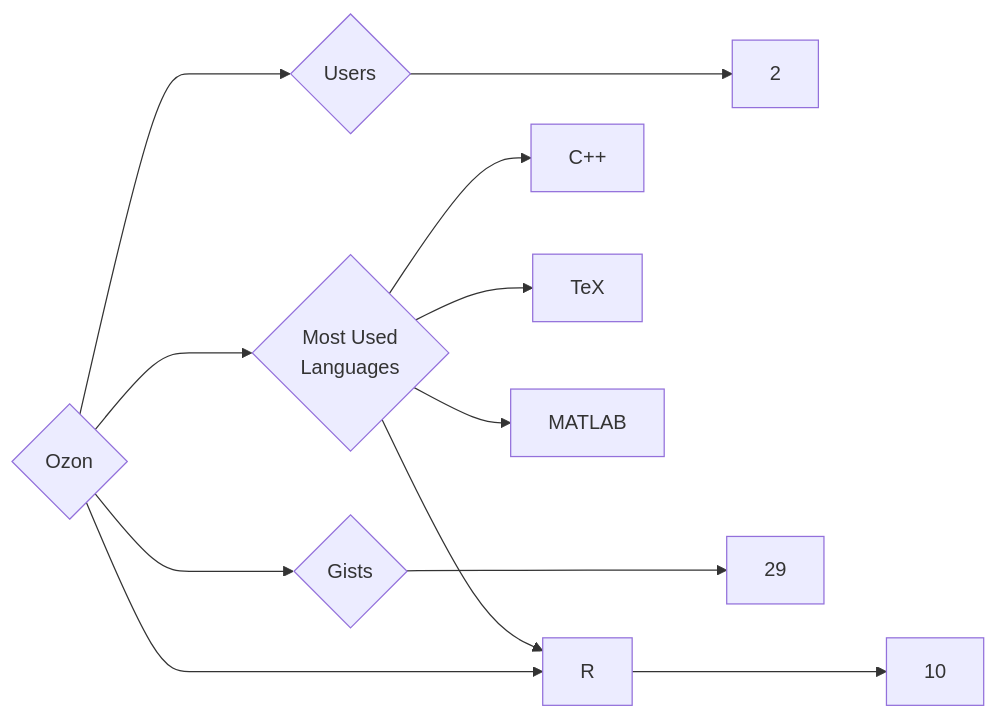
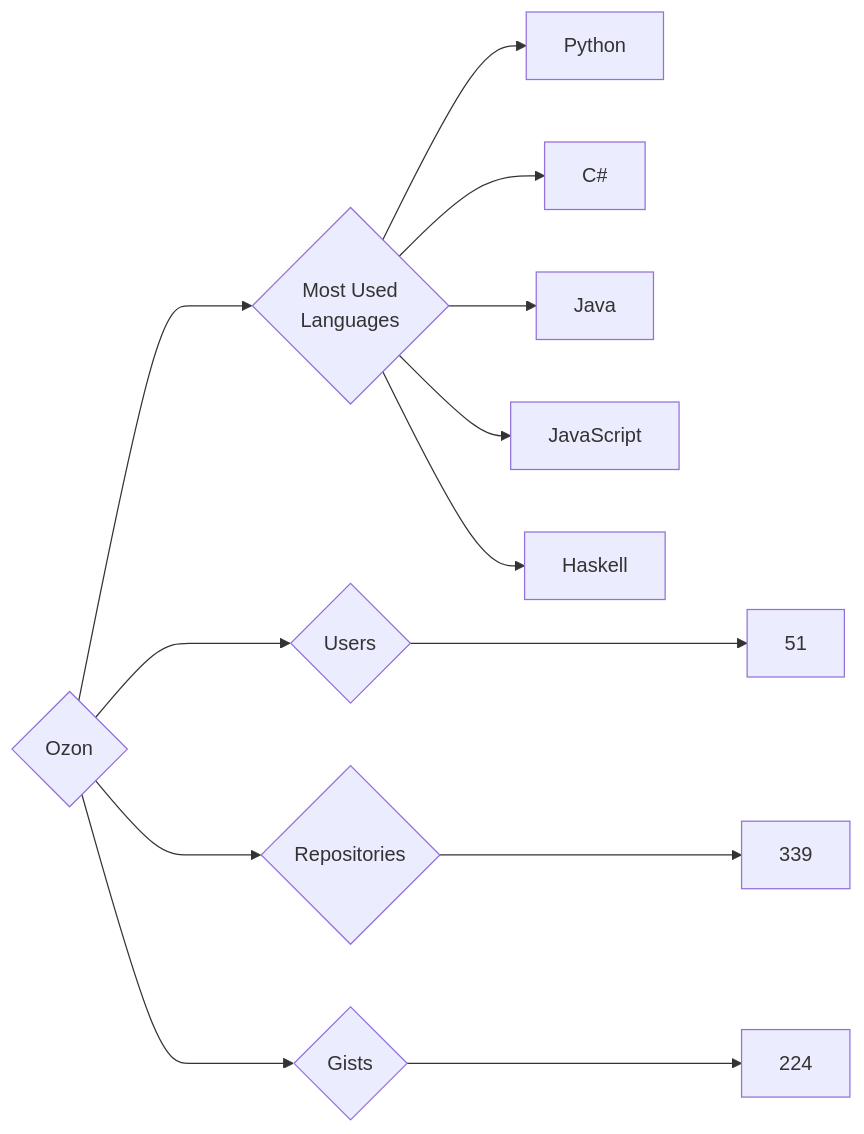
One commit to trickest/insiders changed the diagram in targets/Ozon/README.md. Above: the diagram before and after it, drawn with Mermaid. The commit also changed 870 other files, not shown here.

````diff
--- a/targets/Ozon/README.md
+++ b/targets/Ozon/README.md
@@ -3,12 +3,13 @@
 ```mermaid
 graph LR
 COMPANY_NAME{Ozon}
-COMPANY_NAME ---> U{Users} ---> UN[2]
-COMPANY_NAME ---> R{Repositories} ---> RN[10]
-COMPANY_NAME ---> G{Gists} ---> GN[29]
+COMPANY_NAME ---> U{Users} ---> UN[51]
+COMPANY_NAME ---> R{Repositories} ---> RN[339]
+COMPANY_NAME ---> G{Gists} ---> GN[224]
 COMPANY_NAME ---> ML{Most Used<br>Languages}
-ML --> C++[C++]
-ML --> TeX[TeX]
-ML --> R[R]
-ML --> MATLAB[MATLAB]
+ML --> Python[Python]
+ML --> C#[C#]
+ML --> Java[Java]
+ML --> JavaScript[JavaScript]
+ML --> Haskell[Haskell]
 ```
````
